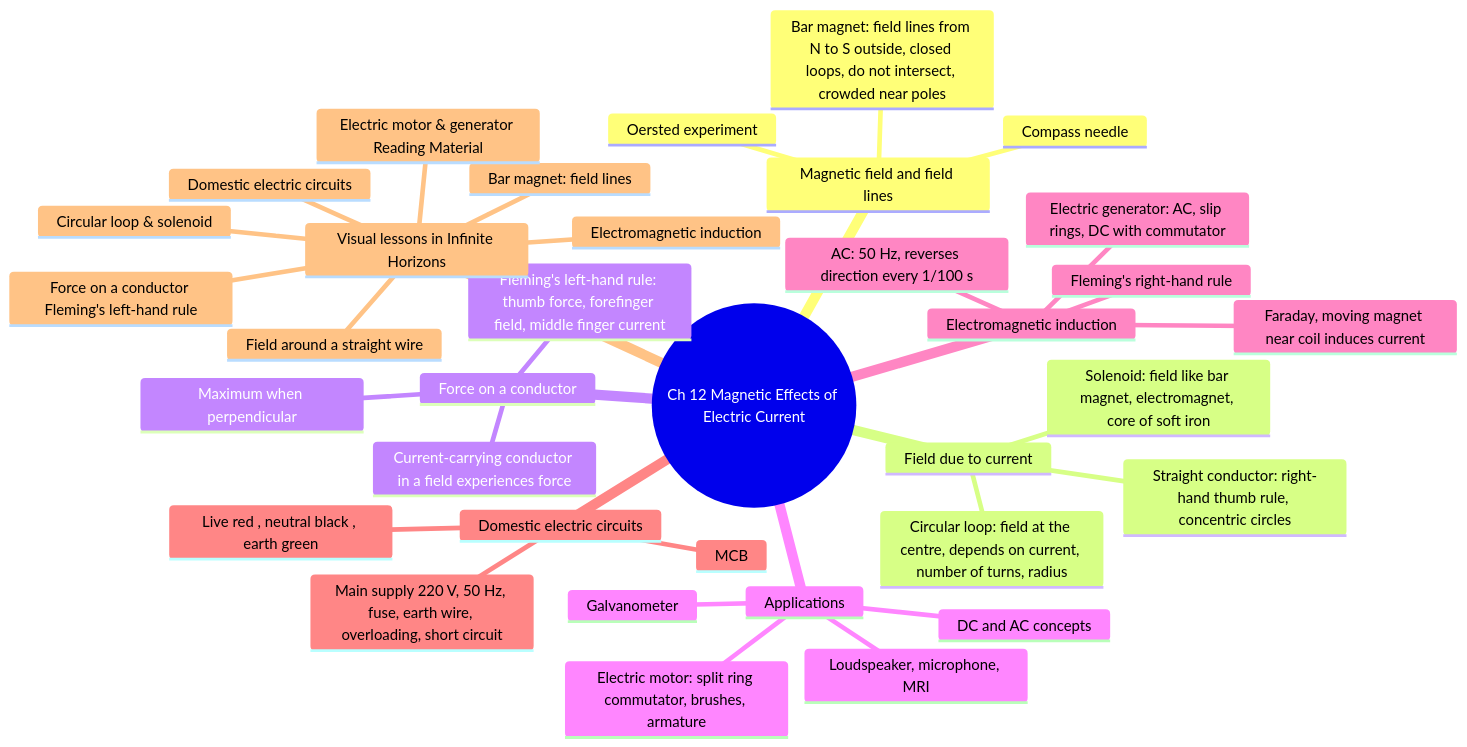
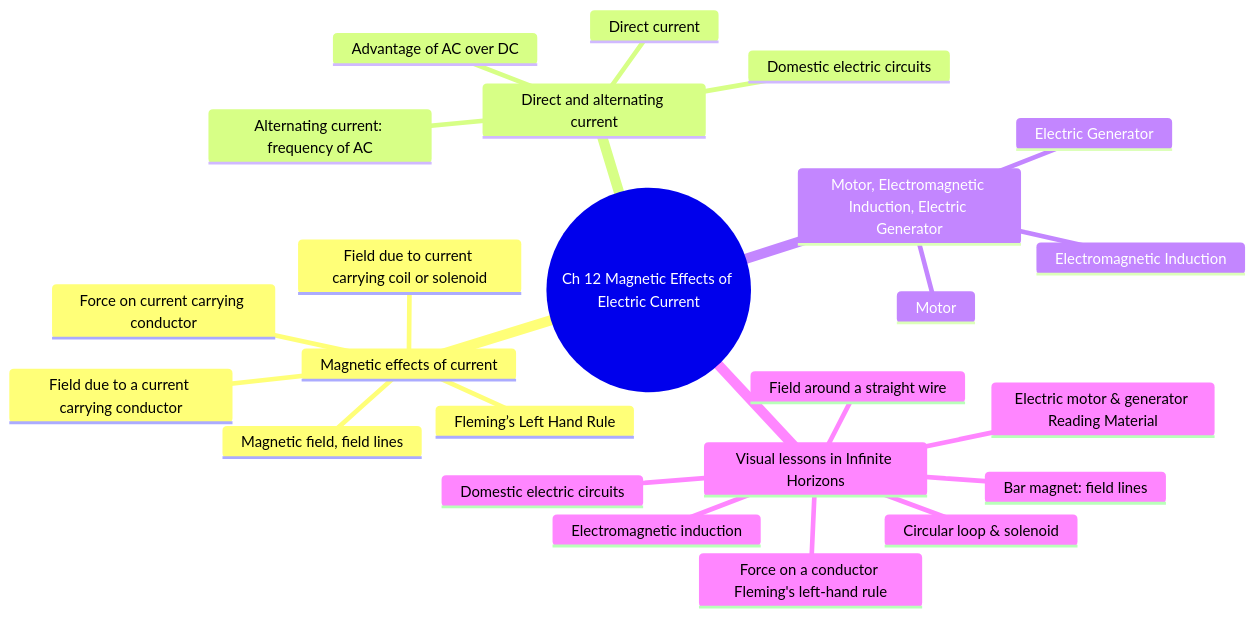
Before and after one commit to anveshix/ifinite-horizon: diagram 24 of 25 in docs/CHAPTER_MINDMAPS.md, drawn with Mermaid. The commit also changed other lines of this file and 22 other files, not shown here.

First line of the commit message:
fix(mindmap): rebuild Class X deep maps from the CBSE 2026-27 PDF; correct formative-only scope (Evolution, Motor/EMI/Generator only); add PDF-derived inventory

````diff
--- a/docs/CHAPTER_MINDMAPS.md
+++ b/docs/CHAPTER_MINDMAPS.md
@@ -968,38 +810,27 @@
 ```mermaid
 mindmap
   root((Ch 12 Magnetic Effects of Electric Current))
-    Magnetic field and field lines
-      Oersted experiment
-      Bar magnet: field lines from N to S outside, closed loops, do not intersect, crowded near poles
-      Compass needle
-    Field due to current
-      Straight conductor: right-hand thumb rule, concentric circles
-      Circular loop: field at the centre, depends on current, number of turns, radius
-      Solenoid: field like bar magnet, electromagnet, core of soft iron
-    Force on a conductor
-      Current-carrying conductor in a field experiences force
-      Fleming's left-hand rule: thumb force, forefinger field, middle finger current
-      Maximum when perpendicular
-    Applications
-      Electric motor: split ring commutator, brushes, armature
-      Loudspeaker, microphone, MRI
-      Galvanometer
-      DC and AC concepts
-    Electromagnetic induction
-      Faraday, moving magnet near coil induces current
-      Fleming's right-hand rule
-      Electric generator: AC, slip rings, DC with commutator
-      AC: 50 Hz, reverses direction every 1/100 s
-    Domestic electric circuits
-      Live red , neutral black , earth green
-      Main supply 220 V, 50 Hz, fuse, earth wire, overloading, short circuit
-      MCB
+    Magnetic effects of current
+      Magnetic field, field lines
+      Field due to a current carrying conductor
+      Field due to current carrying coil or solenoid
+      Force on current carrying conductor
+      Fleming’s Left Hand Rule
+    Direct and alternating current
+      Direct current
+      Alternating current: frequency of AC
+      Advantage of AC over DC
+      Domestic electric circuits
+    Motor, Electromagnetic Induction, Electric Generator
+      Motor
+      Electromagnetic Induction
+      Electric Generator
     Visual lessons in Infinite Horizons
       Bar magnet: field lines
       Field around a straight wire
       Electromagnetic induction
       Circular loop & solenoid
       Force on a conductor Fleming's left-hand rule
       Domestic electric circuits
       Electric motor & generator Reading Material
 ```
````
